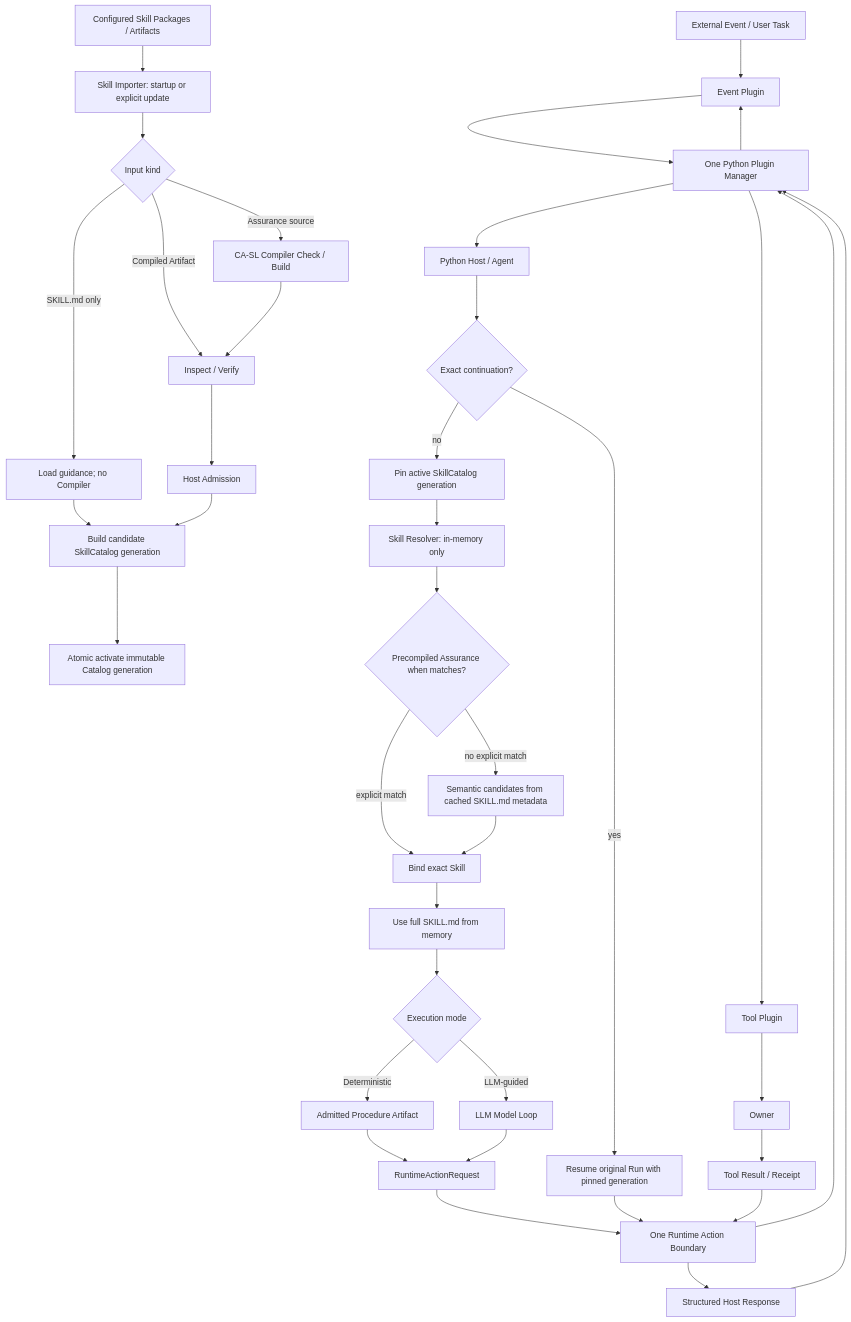
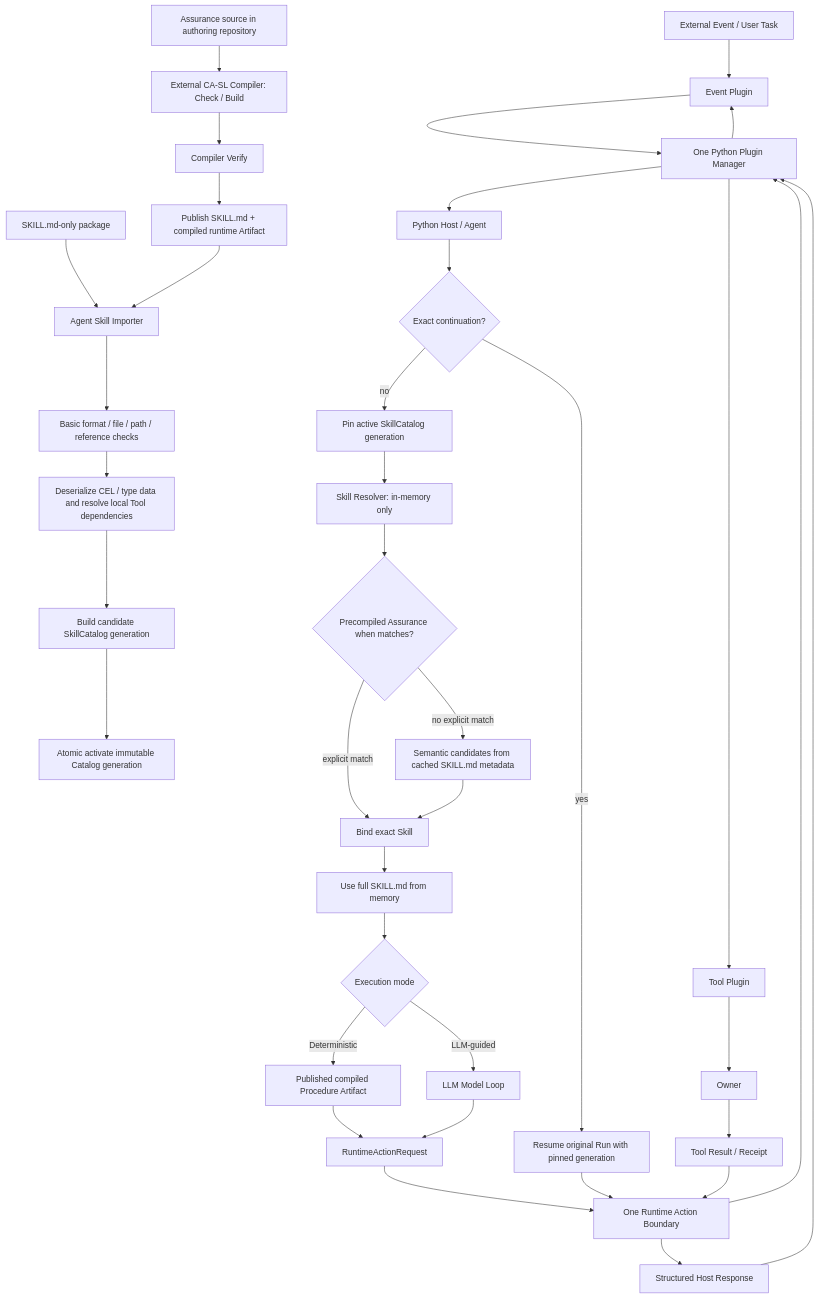
One commit to odango-chan/ca-agent-next changed the diagram in docs/architecture.md. Above: the diagram before and after it, drawn with Mermaid. The commit also changed other lines of this file, not shown here.

Commit message:
docs: define external Skill publishing and basic runtime import

```diff
--- a/docs/architecture.md
+++ b/docs/architecture.md
@@ -318,41 +338,40 @@
 ~~~mermaid
 flowchart TB
-  PKG[Configured Skill Packages / Artifacts] --> IMPORT[Skill Importer: startup or explicit update]
-  IMPORT --> SOURCE{Input kind}
-  SOURCE -->|SKILL.md only| GUIDANCE[Load guidance; no Compiler]
-  SOURCE -->|Assurance source| COMP[CA-SL Compiler Check / Build]
-  SOURCE -->|Compiled Artifact| VERIFY[Inspect / Verify]
-  COMP --> VERIFY
-  VERIFY --> ADMIT[Host Admission]
-  GUIDANCE --> CANDIDATE[Build candidate SkillCatalog generation]
-  ADMIT --> CANDIDATE
+  SOURCE[Assurance source in authoring repository] --> COMP[External CA-SL Compiler: Check / Build]
+  COMP --> VERIFY[Compiler Verify]
+  VERIFY --> RELEASE[Publish SKILL.md + compiled runtime Artifact]
+  SKILLONLY[SKILL.md-only package] --> IMPORT[Agent Skill Importer]
+  RELEASE --> IMPORT
+  IMPORT --> CHECK[Basic format / file / path / reference checks]
+  CHECK --> CEL[Deserialize CEL / type data and resolve local Tool dependencies]
+  CEL --> CANDIDATE[Build candidate SkillCatalog generation]
   CANDIDATE --> SWAP[Atomic activate immutable Catalog generation]
 
   EXT[External Event / User Task] --> EP[Event Plugin]
   EP --> PM[One Python Plugin Manager]
   PM --> HOST[Python Host / Agent]
   HOST --> CONT{Exact continuation?}
   CONT -->|yes| RESUME[Resume original Run with pinned generation]
   CONT -->|no| PIN[Pin active SkillCatalog generation]
   PIN --> RESOLVER[Skill Resolver: in-memory only]
   RESOLVER --> WHEN{Precompiled Assurance when matches?}
   WHEN -->|explicit match| SELECT[Bind exact Skill]
   WHEN -->|no explicit match| SEMANTIC[Semantic candidates from cached SKILL.md metadata]
   SEMANTIC --> SELECT
   SELECT --> GUIDANCELOAD[Use full SKILL.md from memory]
   GUIDANCELOAD --> MODE{Execution mode}
-  MODE -->|Deterministic| PROC[Admitted Procedure Artifact]
+  MODE -->|Deterministic| PROC[Published compiled Procedure Artifact]
   MODE -->|LLM-guided| LOOP[LLM Model Loop]
   PROC --> ACTION[RuntimeActionRequest]
   LOOP --> ACTION
   ACTION --> RT[One Runtime Action Boundary]
   RESUME --> RT
   RT --> PM
   PM --> TOOL[Tool Plugin]
   TOOL --> OWNER[Owner]
   OWNER --> RESULT[Tool Result / Receipt]
   RESULT --> RT
   RT --> RESPONSE[Structured Host Response]
   RESPONSE --> PM
   PM --> EP
 ~~~
```
